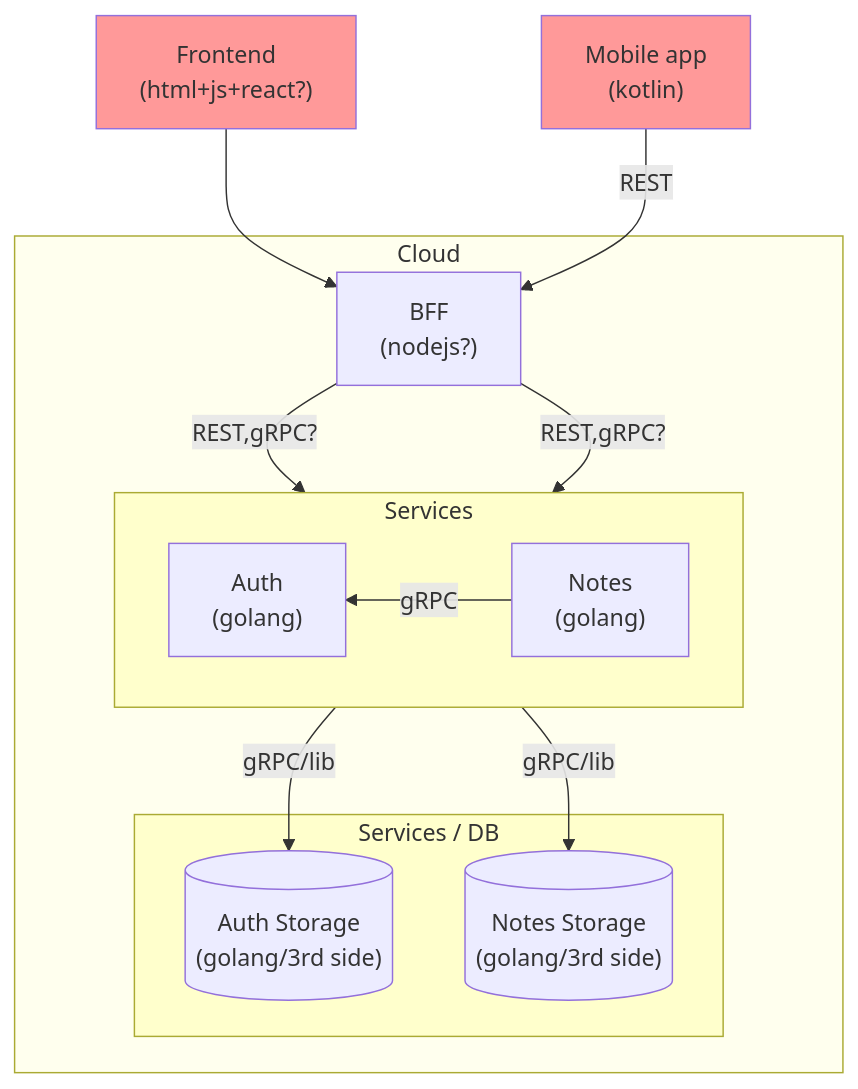
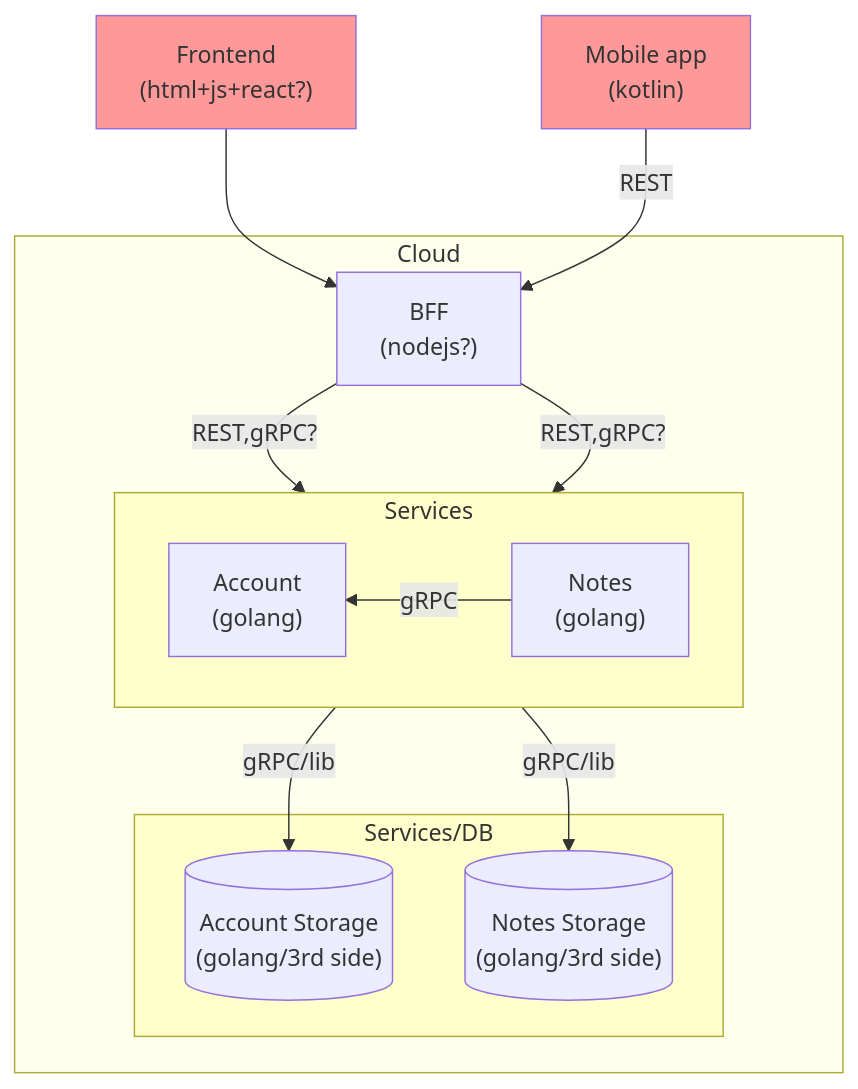
The first of 3 diagrams in README.md (sergereinov/notes-saas), drawn with Mermaid before and after one commit. The commit also changed other lines of this file, not shown here.

Commit message:
thoughts

````diff
--- a/README.md
+++ b/README.md
@@ -32,32 +32,32 @@
 ```mermaid
 graph TD
     %% mermaid docs ref https://mermaid-js.github.io/mermaid/#/
     Frontend --> BFF
     Kotlin --> |REST| BFF
-    BFF --> |REST,gRPC?| Auth
+    BFF --> |REST,gRPC?| Account
     BFF --> |REST,gRPC?| Notes
-    Auth --> |gRPC/lib| Storage1
+    Account --> |gRPC/lib| Storage1
     Notes --> |gRPC/lib| Storage2
-    Notes --> |gRPC| Auth
+    Notes --> |gRPC| Account
     
     Frontend["Frontend<br/>(html+js+react?)"]
     Kotlin["Mobile app<br/>(kotlin)"]
     subgraph Cloud
         BFF["BFF<br/>(nodejs?)"]
         subgraph M ["Services"]
             direction RL
-            Auth["Auth<br/>(golang)"]
+            Account["Account<br/>(golang)"]
             Notes["Notes<br/>(golang)"]
         end
-        subgraph S ["Services / DB"]
-            Storage1[("Auth Storage<br/>(golang/3rd side)")]
+        subgraph S ["Services/DB"]
+            Storage1[("Account Storage<br/>(golang/3rd side)")]
             Storage2[("Notes Storage<br/>(golang/3rd side)")]
         end
     end
     
     classDef userspace fill:#f99
     class Frontend,Kotlin userspace
     style Cloud fill:#ffe
     classDef svc fill:#ffc
     class M,S svc
 ```
````
